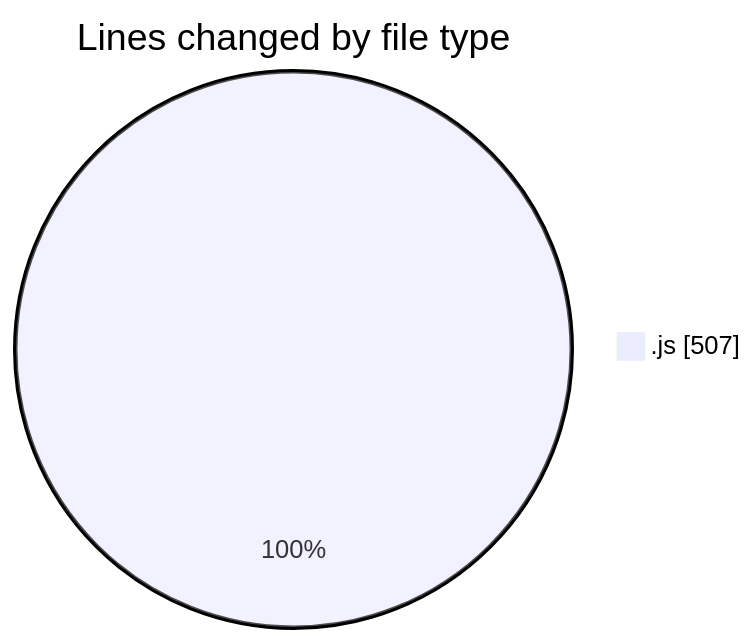
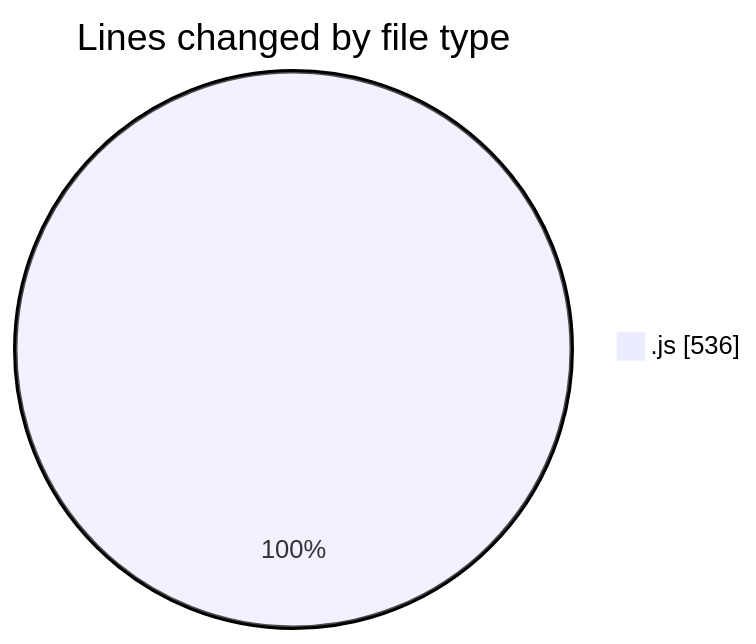
Before and after one commit to nxtqubesakshisongat/code-tracking: the first of 2 diagrams in 2025-10-31/nxtqube_webapp/README.md, drawn with Mermaid. The commit also changed other lines of this file and 1 other file, not shown here.

````diff
--- a/2025-10-31/nxtqube_webapp/README.md
+++ b/2025-10-31/nxtqube_webapp/README.md
@@ -22,5 +22,5 @@
 ```mermaid
 pie showData
 title Lines changed by file type
-".js" : 507
+".js" : 536
 ```
````
